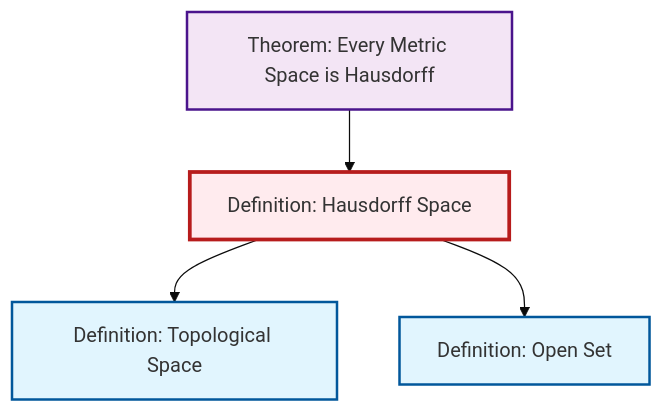
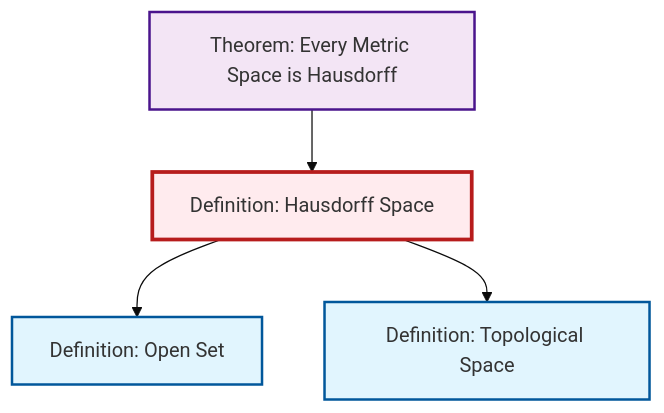
Before and after one commit to RK0429/ModernMath: the diagram in content/en/topology/def-hausdorff.qmd, drawn with Mermaid (base theme). The commit also changed other lines of this file and 417 other files, not shown here.

````diff
--- a/content/en/topology/def-hausdorff.qmd
+++ b/content/en/topology/def-hausdorff.qmd
@@ -53,20 +53,20 @@
 ```{mermaid}
 %%| fig-cap: "Local dependency graph"
 graph TD
     classDef definition fill:#e1f5fe,stroke:#01579b,stroke-width:2px
     classDef theorem fill:#f3e5f5,stroke:#4a148c,stroke-width:2px
     classDef axiom fill:#fff3e0,stroke:#e65100,stroke-width:2px
     classDef example fill:#e8f5e9,stroke:#1b5e20,stroke-width:2px
     classDef current fill:#ffebee,stroke:#b71c1c,stroke-width:3px
+    def-topological-space["Definition: Topological Space"]:::definition
     thm-metric-hausdorff["Theorem: Every Metric Space is Hausdorff"]:::theorem
-    def-topological-space["Definition: Topological Space"]:::definition
     def-hausdorff["Definition: Hausdorff Space"]:::definition
     def-open-set["Definition: Open Set"]:::definition
+    def-hausdorff --> def-open-set
+    def-hausdorff --> def-topological-space
     thm-metric-hausdorff --> def-hausdorff
-    def-hausdorff --> def-topological-space
-    def-hausdorff --> def-open-set
     class def-hausdorff current
+    click def-topological-space "def-topological-space.html" "Go to Topological Space definition"
     click thm-metric-hausdorff "thm-metric-hausdorff.html" "Go to Every Metric Space is Hausdorff theorem"
-    click def-topological-space "def-topological-space.html" "Go to Topological Space definition"
     click def-open-set "def-open-set.html" "Go to Open Set definition"
 ```
````
